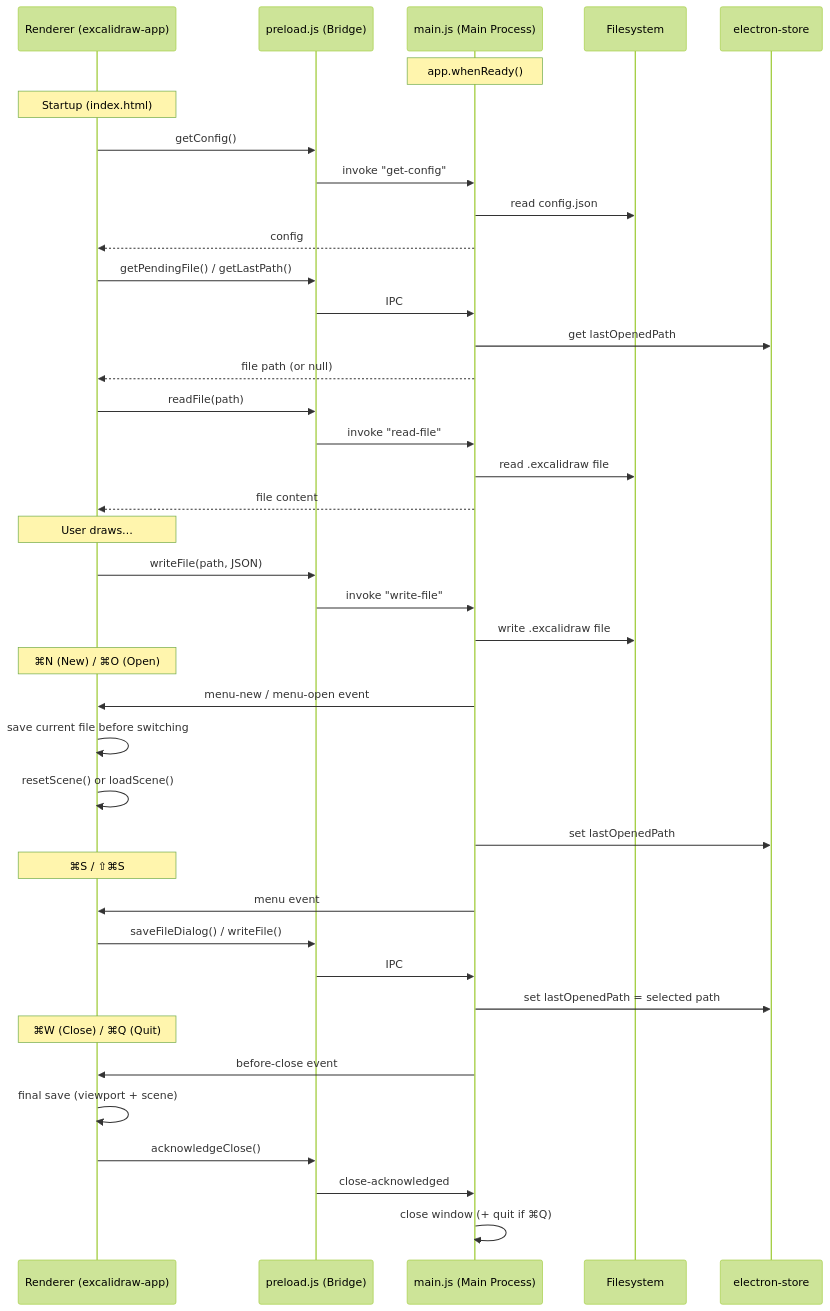
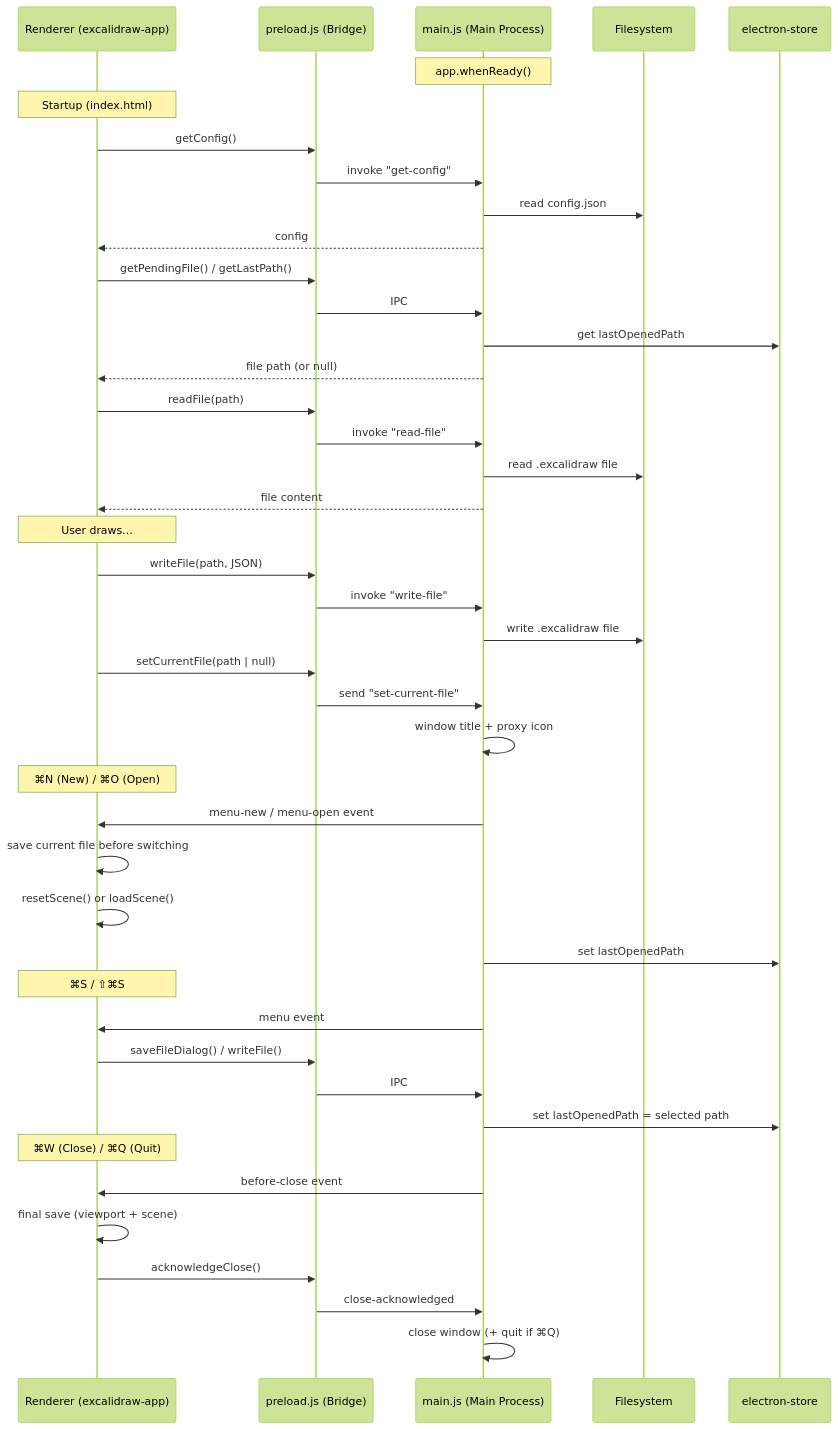
Before and after one commit to gerkoh/excalidraw-mac: the diagram in README.md, drawn with Mermaid (forest theme). The commit also changed other lines of this file and 20 other files, not shown here.

First line of the commit message:
Native document behaviour: window title + proxy icon, Open Recent, Appearance (theme) (#61)

````diff
--- a/README.md
+++ b/README.md
@@ -40,51 +40,55 @@
 ```mermaid
 sequenceDiagram
     participant App as Renderer (excalidraw-app)
     participant Preload as preload.js (Bridge)
     participant Main as main.js (Main Process)
     participant FS as Filesystem
     participant Store as electron-store
 
     Note over Main: app.whenReady()
 
     Note over App: Startup (index.html)
     App->>Preload: getConfig()
     Preload->>Main: invoke "get-config"
     Main->>FS: read config.json
     Main-->>App: config
 
     App->>Preload: getPendingFile() / getLastPath()
     Preload->>Main: IPC
     Main->>Store: get lastOpenedPath
     Main-->>App: file path (or null)
 
     App->>Preload: readFile(path)
     Preload->>Main: invoke "read-file"
     Main->>FS: read .excalidraw file
     Main-->>App: file content
 
     Note over App: User draws…
     App->>Preload: writeFile(path, JSON)
     Preload->>Main: invoke "write-file"
     Main->>FS: write .excalidraw file
 
+    App->>Preload: setCurrentFile(path | null)
+    Preload->>Main: send "set-current-file"
+    Main->>Main: window title + proxy icon
+
     Note over App: ⌘N (New) / ⌘O (Open)
     Main->>App: menu-new / menu-open event
     App->>App: save current file before switching
     App->>App: resetScene() or loadScene()
     Main->>Store: set lastOpenedPath
 
     Note over App: ⌘S / ⇧⌘S
     Main->>App: menu event
     App->>Preload: saveFileDialog() / writeFile()
     Preload->>Main: IPC
     Main->>Store: set lastOpenedPath = selected path
 
     Note over App: ⌘W (Close) / ⌘Q (Quit)
     Main->>App: before-close event
     App->>App: final save (viewport + scene)
     App->>Preload: acknowledgeClose()
     Preload->>Main: close-acknowledged
     Main->>Main: close window (+ quit if ⌘Q)
 
 ```
````
